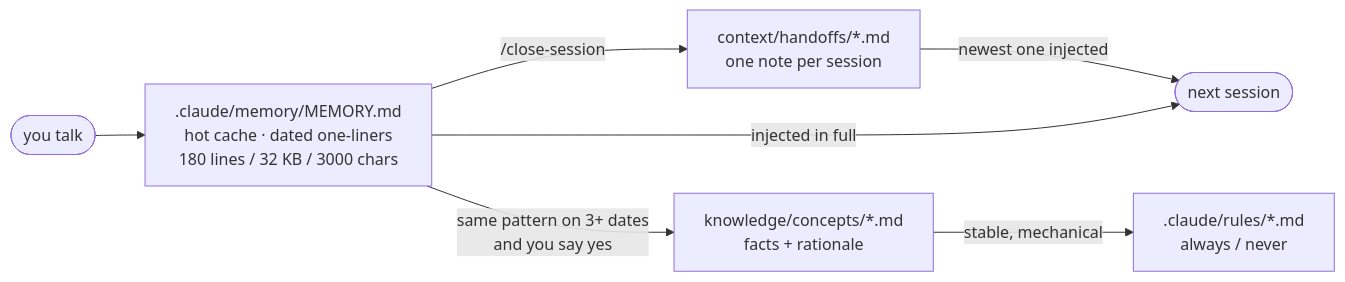
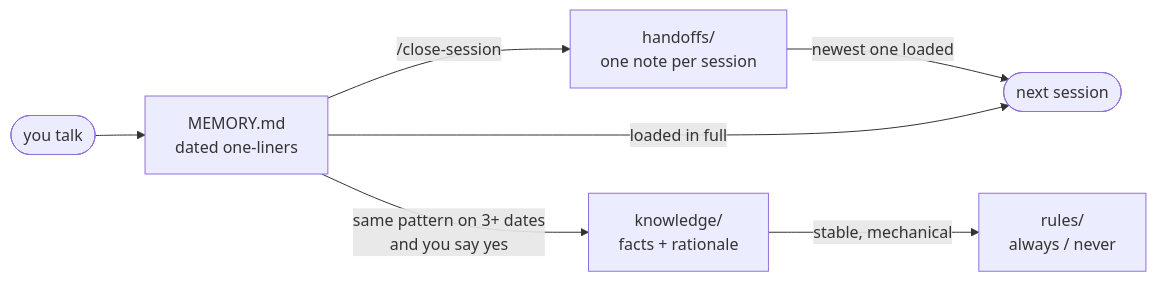
One commit to awrshift/agent-memory-kit changed the diagram in README.md. Above: the diagram before and after it, drawn with Mermaid. The commit also changed other lines of this file and 13 other files, not shown here.

First line of the commit message:
README: the whole plugin on the front page — inventory tables, current diagrams, no inline clips

````diff
--- a/README.md
+++ b/README.md
@@ -201,9 +163,9 @@
 ```mermaid
 flowchart LR
-    T([you talk]) --> H[".claude/memory/MEMORY.md<br/>hot cache · dated one-liners<br/>180 lines / 32 KB / 3000 chars"]
-    H -->|"/close-session"| N["context/handoffs/*.md<br/>one note per session"]
-    H -->|"same pattern on 3+ dates<br/>and you say yes"| K["knowledge/concepts/*.md<br/>facts + rationale"]
-    K -->|"stable, mechanical"| R[".claude/rules/*.md<br/>always / never"]
-    N -->|"newest one injected"| S([next session])
-    H -->|"injected in full"| S
+    T([you talk]) --> H["MEMORY.md<br/>dated one-liners"]
+    H -->|"/close-session"| N["handoffs/<br/>one note per session"]
+    H -->|"same pattern on 3+ dates<br/>and you say yes"| K["knowledge/<br/>facts + rationale"]
+    K -->|"stable, mechanical"| R["rules/<br/>always / never"]
+    N -->|"newest one loaded"| S([next session])
+    H -->|"loaded in full"| S
 ```
````
